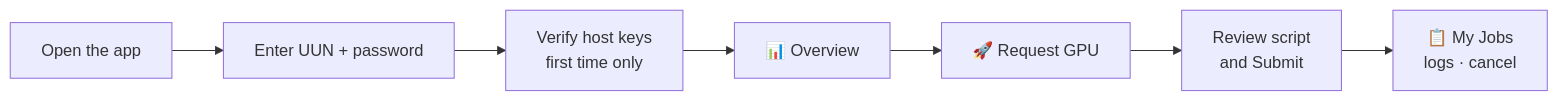
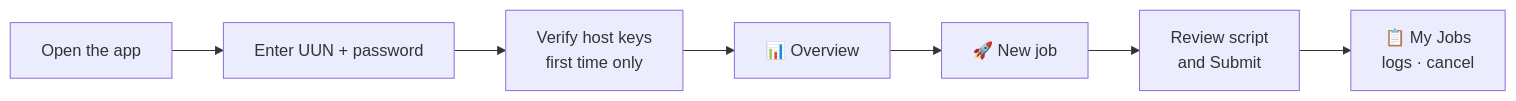
One commit to CemSarp/ICF-GUI changed the first of 2 diagrams in README.md. Above: the diagram before and after it, drawn with Mermaid. The commit also changed other lines of this file and 15 other files, not shown here.

First line of the commit message:
Merge Request GPU and the training wizard into one New job screen

````diff
--- a/README.md
+++ b/README.md
@@ -74,9 +74,9 @@
 ```mermaid
 flowchart LR
     A[Open the app] --> B[Enter UUN + password]
     B --> C[Verify host keys<br/>first time only]
     C --> D[📊 Overview]
-    D --> E[🚀 Request GPU]
+    D --> E[🚀 New job]
     E --> F[Review script<br/>and Submit]
     F --> G[📋 My Jobs<br/>logs · cancel]
 ```
````
